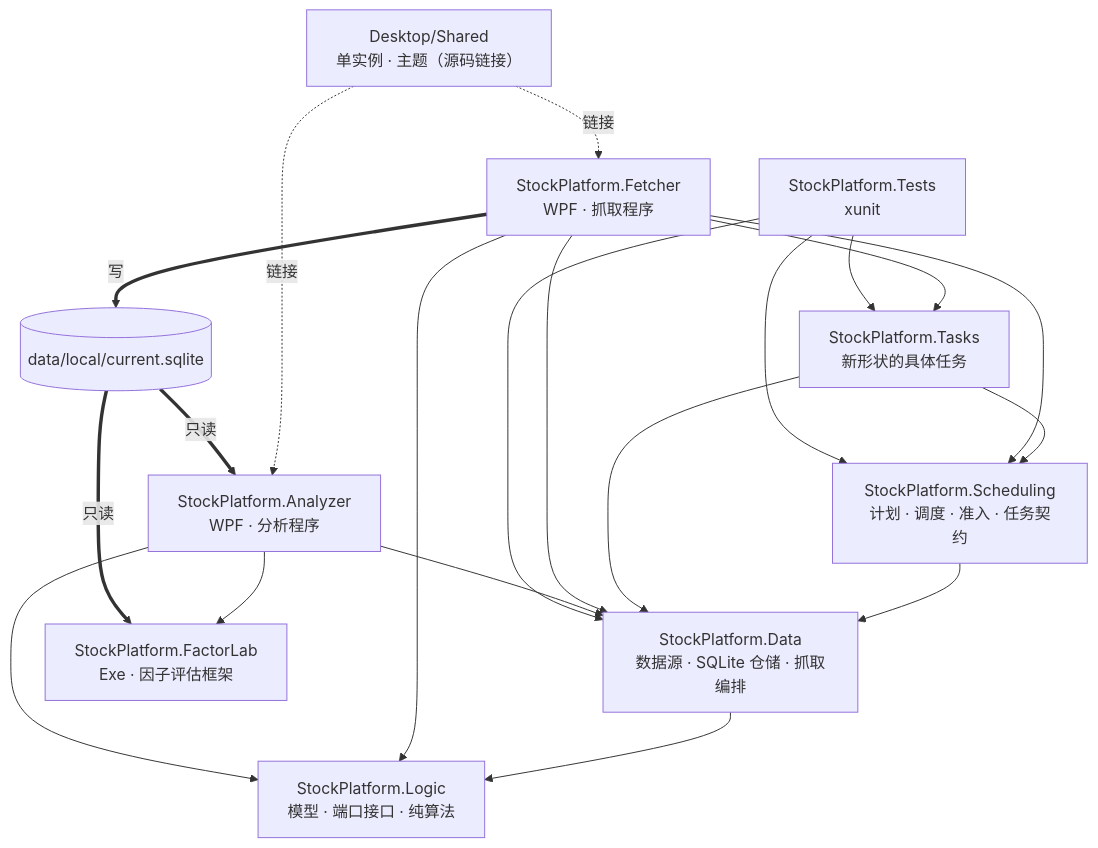
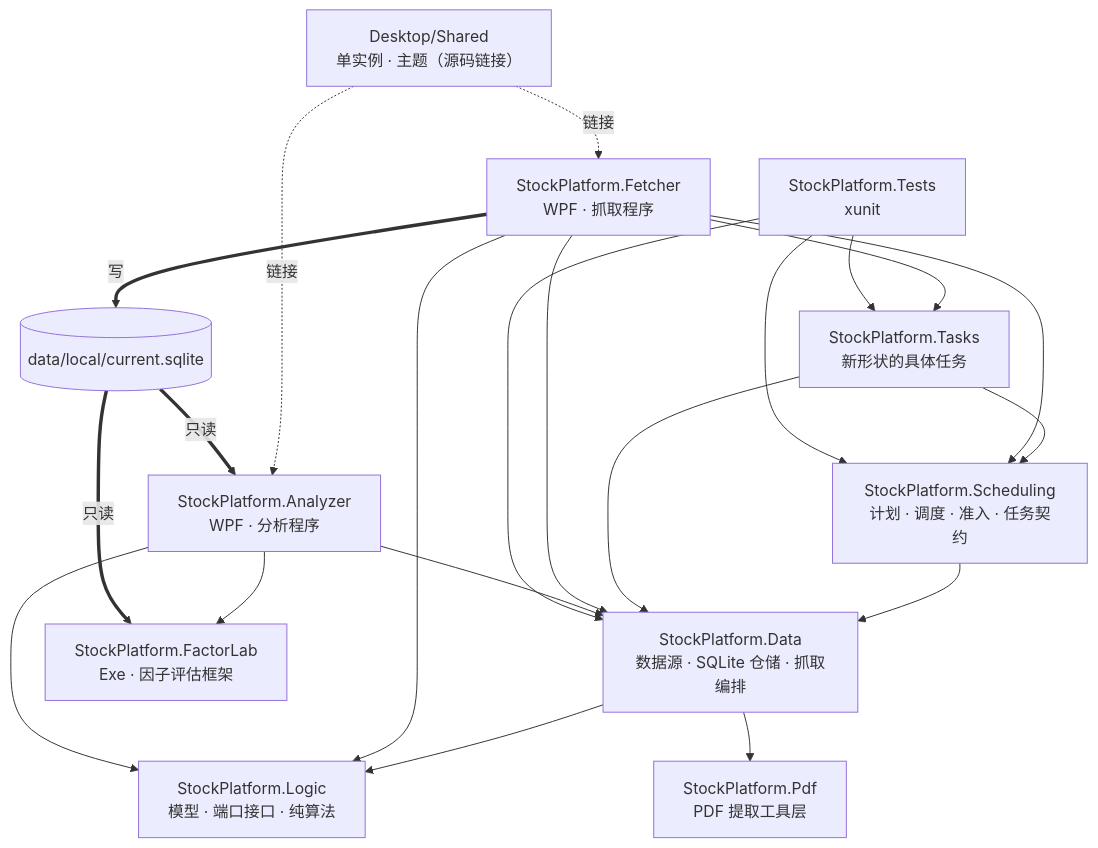
One commit to lcq9732/stock changed the first of 9 diagrams in doc/solution-class-map.md. Above: the diagram before and after it, drawn with Mermaid. The commit also changed other lines of this file and 70 other files, not shown here.

````diff
--- a/doc/solution-class-map.md
+++ b/doc/solution-class-map.md
@@ -16,33 +16,35 @@
 ```mermaid
 flowchart TD
   L["StockPlatform.Logic<br/>模型 · 端口接口 · 纯算法"]
   D["StockPlatform.Data<br/>数据源 · SQLite 仓储 · 抓取编排"]
   S["StockPlatform.Scheduling<br/>计划 · 调度 · 准入 · 任务契约"]
   T["StockPlatform.Tasks<br/>新形状的具体任务"]
+  P["StockPlatform.Pdf<br/>PDF 提取工具层"]
   F["StockPlatform.Fetcher<br/>WPF · 抓取程序"]
   A["StockPlatform.Analyzer<br/>WPF · 分析程序"]
   X["StockPlatform.FactorLab<br/>Exe · 因子评估框架"]
   SH["Desktop/Shared<br/>单实例 · 主题（源码链接）"]
   TS["StockPlatform.Tests<br/>xunit"]
   DB[("data/local/current.sqlite")]
 
   D --> L
+  D --> P
   S --> D
   T --> D
   T --> S
   F --> S
   F --> T
   F --> D
   F --> L
   A --> D
   A --> L
   A --> X
   TS --> D
   TS --> S
   TS --> T
   SH -.链接.-> F
   SH -.链接.-> A
   F ==写==> DB
   DB ==只读==> A
   DB ==只读==> X
 ```
````
